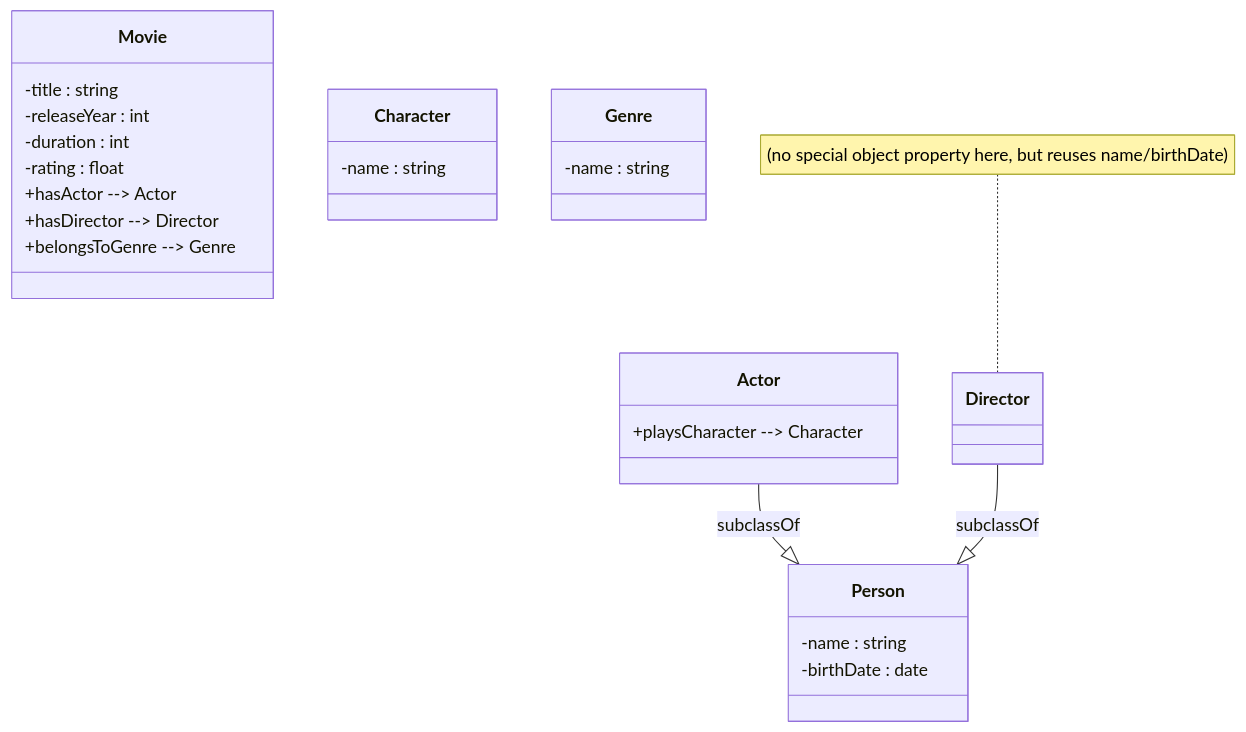
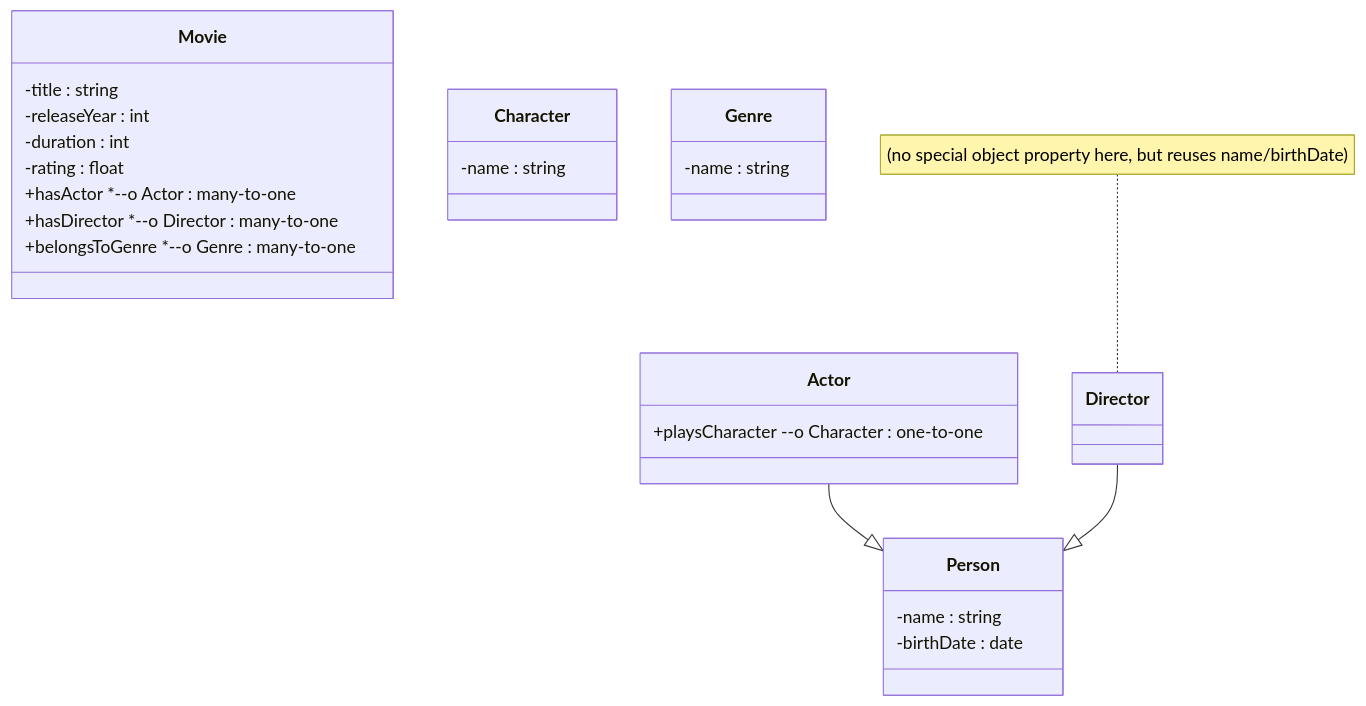
The first of 2 diagrams in o1/o1-structure.md (shauryashaurya/The-Silmaril), drawn with Mermaid before and after one commit. The commit also changed other lines of this file, not shown here.

Commit message:
mermaid updates

````diff
--- a/o1/o1-structure.md
+++ b/o1/o1-structure.md
@@ -3,37 +3,43 @@
-```mermaid                  
+```mermaid                      
 classDiagram    
     class Movie {    
+        %% Data Properties    
         -title : string    
         -releaseYear : int    
         -duration : int    
         -rating : float    
-        +hasActor --> Actor    
-        +hasDirector --> Director    
-        +belongsToGenre --> Genre    
+        %% Object Properties    
+        +hasActor *--o Actor : many-to-one    
+        +hasDirector *--o Director : many-to-one    
+        +belongsToGenre *--o Genre : many-to-one    
     }    
-        
+    
     class Person {    
+        %% Data Properties    
         -name : string    
         -birthDate : date    
     }    
-        
+    
     class Actor {    
-        +playsCharacter --> Character    
+        %% Object Properties    
+        +playsCharacter --o Character : one-to-one    
     }    
-        
+    
     class Director {    
+        %% Inherited Data Properties from Person (name, birthDate) are implicitly present    
     }    
     note for Director "(no special object property here, but reuses name/birthDate)"    
     
     class Character {    
+        %% Data Properties    
         -name : string    
     }    
-       
+    
     class Genre {    
+        %% Data Properties    
         -name : string    
     }    
-        
-    Actor --|> Person : subclassOf    
-    Director --|> Person : subclassOf    
-
-```     
+    
+    Actor --|> Person    
+    Director --|> Person    
+```         
````
